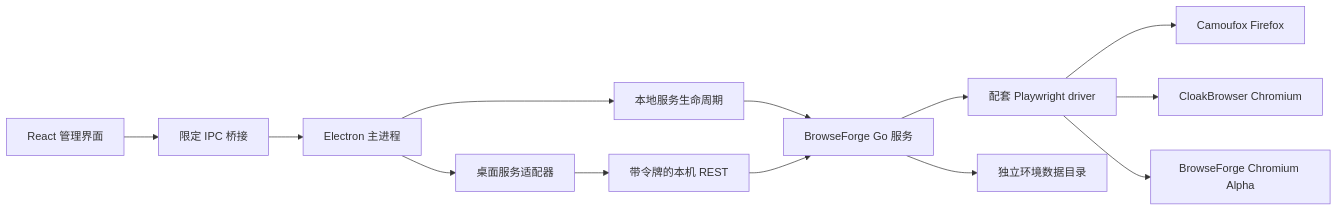
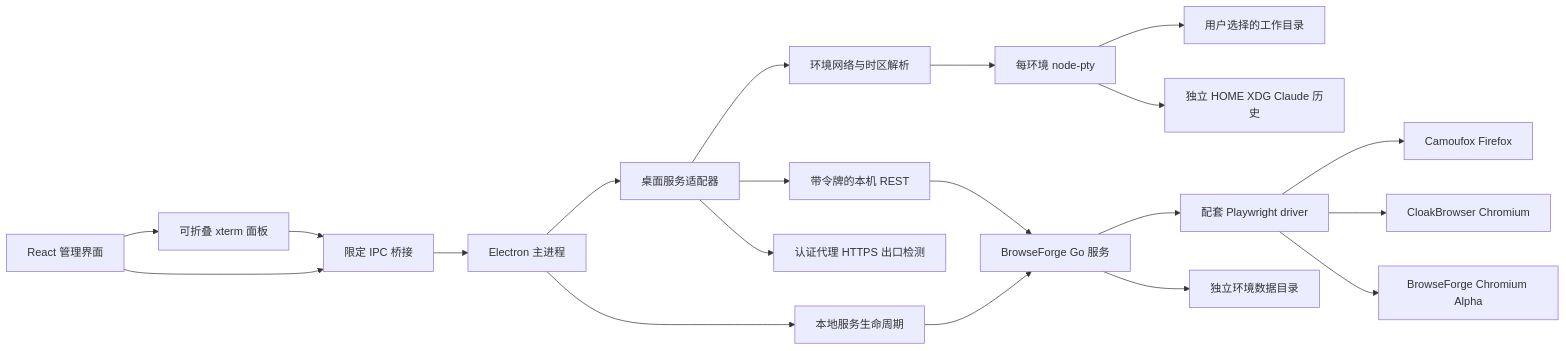
Before and after one commit to ink-scholar/Envara: the diagram in docs/architecture.md, drawn with Mermaid. The commit also changed other lines of this file and 47 other files, not shown here.

```diff
--- a/docs/architecture.md
+++ b/docs/architecture.md
@@ -5,15 +5,22 @@
 ~~~mermaid
 flowchart LR
   UI[React 管理界面] --> Bridge[限定 IPC 桥接]
   Bridge --> Main[Electron 主进程]
   Main --> Adapter[桌面服务适配器]
   Main --> Manager[本地服务生命周期]
   Adapter --> Client[带令牌的本机 REST]
+  Adapter --> Network[认证代理 HTTPS 出口检测]
+  Adapter --> Context[环境网络与时区解析]
+  Context --> Terminal[每环境 node-pty]
+  UI --> Xterm[可折叠 xterm 面板]
+  Xterm --> Bridge
+  Terminal --> CWD[用户选择的工作目录]
+  Terminal --> Config[独立 HOME XDG Claude 历史]
   Manager --> Sidecar[BrowseForge Go 服务]
   Client --> Sidecar
   Sidecar --> Driver[配套 Playwright driver]
   Driver --> Firefox[Camoufox Firefox]
   Driver --> Cloak[CloakBrowser Chromium]
   Driver --> Alpha[BrowseForge Chromium Alpha]
   Sidecar --> Profiles[独立环境数据目录]
 ~~~
```
